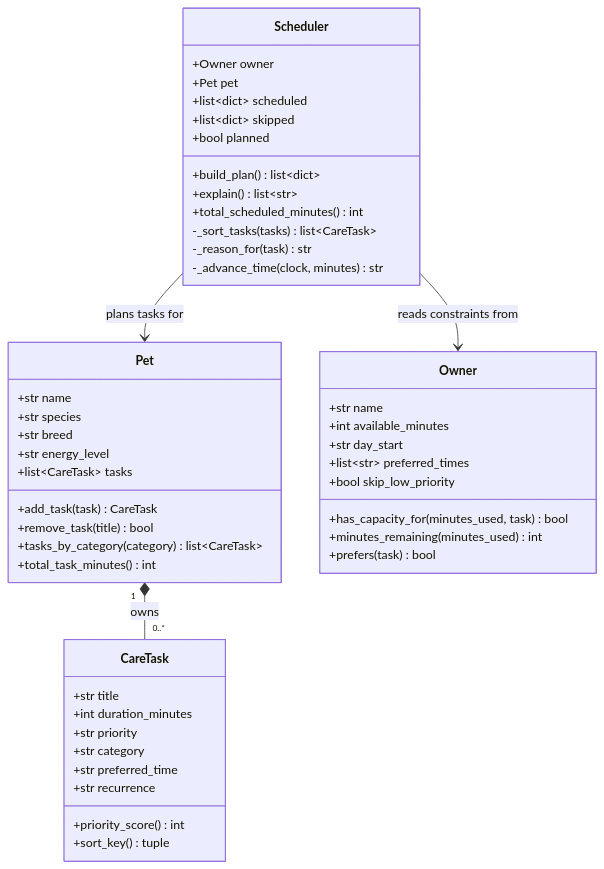
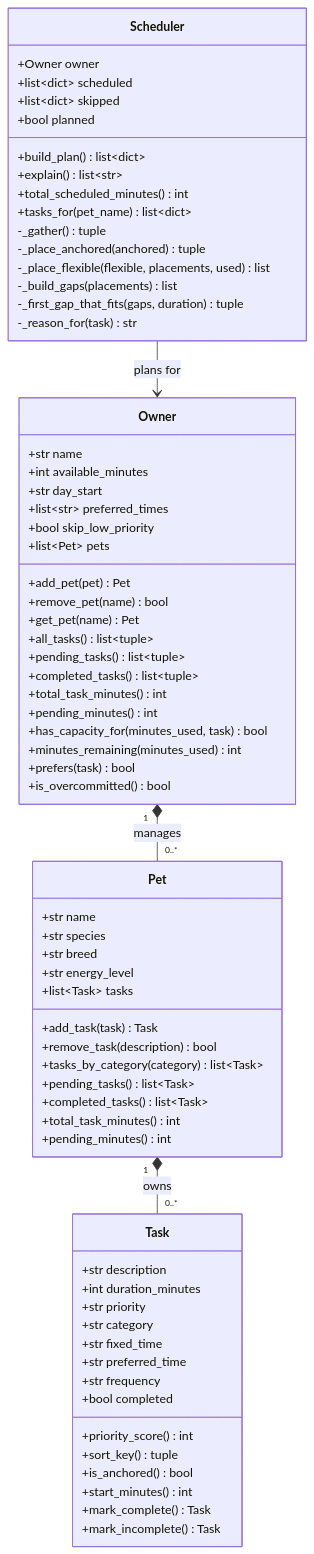
One commit to JayDaDIN/ai110-module2show-pawpal-starter changed the diagram in diagrams/uml.mmd. Above: the diagram before and after it, drawn with Mermaid. The commit also changed 9 other files, not shown here.

```diff
--- a/diagrams/uml.mmd
+++ b/diagrams/uml.mmd
@@ -1,58 +1,80 @@
 classDiagram
     %% PawPal+ — four classes, one per core action of the system.
-    %% CareTask tracks work, Owner holds constraints, Scheduler plans and explains.
+    %% Task tracks work, Owner manages pets and constraints, Scheduler plans.
     %% All four are Python @dataclass types, defined in pawpal_system.py.
     %% On Scheduler, `scheduled`, `skipped` and `planned` are results of
     %% build_plan(), not constructor parameters (field(init=False)).
 
-    class CareTask {
-        +str title
+    class Task {
+        +str description
         +int duration_minutes
         +str priority
         +str category
+        +str fixed_time
         +str preferred_time
-        +str recurrence
+        +str frequency
+        +bool completed
         +priority_score() int
         +sort_key() tuple
+        +is_anchored() bool
+        +start_minutes() int
+        +mark_complete() Task
+        +mark_incomplete() Task
     }
 
     class Pet {
         +str name
         +str species
         +str breed
         +str energy_level
-        +list~CareTask~ tasks
-        +add_task(task) CareTask
-        +remove_task(title) bool
-        +tasks_by_category(category) list~CareTask~
+        +list~Task~ tasks
+        +add_task(task) Task
+        +remove_task(description) bool
+        +tasks_by_category(category) list~Task~
+        +pending_tasks() list~Task~
+        +completed_tasks() list~Task~
         +total_task_minutes() int
+        +pending_minutes() int
     }
 
     class Owner {
         +str name
         +int available_minutes
         +str day_start
         +list~str~ preferred_times
         +bool skip_low_priority
+        +list~Pet~ pets
+        +add_pet(pet) Pet
+        +remove_pet(name) bool
+        +get_pet(name) Pet
+        +all_tasks() list~tuple~
+        +pending_tasks() list~tuple~
+        +completed_tasks() list~tuple~
+        +total_task_minutes() int
+        +pending_minutes() int
         +has_capacity_for(minutes_used, task) bool
         +minutes_remaining(minutes_used) int
         +prefers(task) bool
+        +is_overcommitted() bool
     }
 
     class Scheduler {
         +Owner owner
-        +Pet pet
         +list~dict~ scheduled
         +list~dict~ skipped
         +bool planned
         +build_plan() list~dict~
         +explain() list~str~
         +total_scheduled_minutes() int
-        -_sort_tasks(tasks) list~CareTask~
+        +tasks_for(pet_name) list~dict~
+        -_gather() tuple
+        -_place_anchored(anchored) tuple
+        -_place_flexible(flexible, placements, used) list
+        -_build_gaps(placements) list
+        -_first_gap_that_fits(gaps, duration) tuple
         -_reason_for(task) str
-        -_advance_time(clock, minutes) str
     }
 
-    Pet "1" *-- "0..*" CareTask : owns
-    Scheduler --> Owner : reads constraints from
-    Scheduler --> Pet : plans tasks for
+    Owner "1" *-- "0..*" Pet : manages
+    Pet "1" *-- "0..*" Task : owns
+    Scheduler --> Owner : plans for
```
